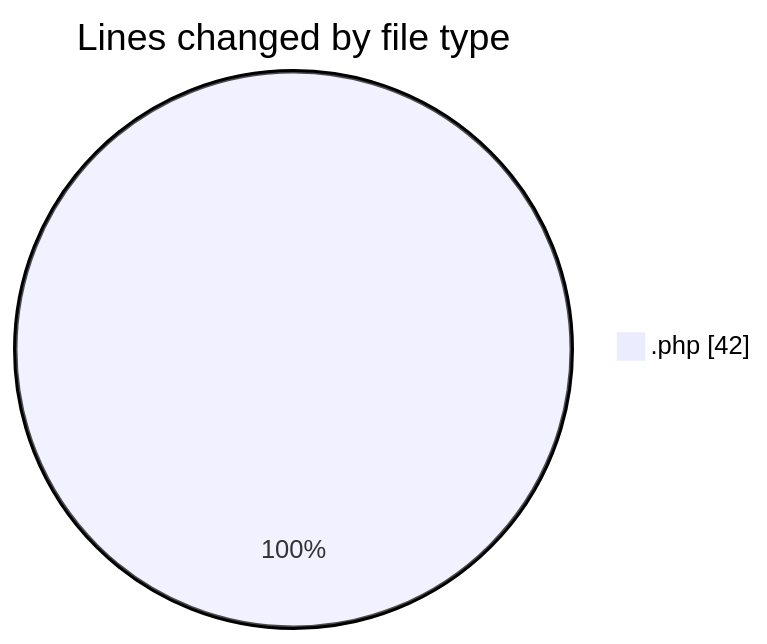
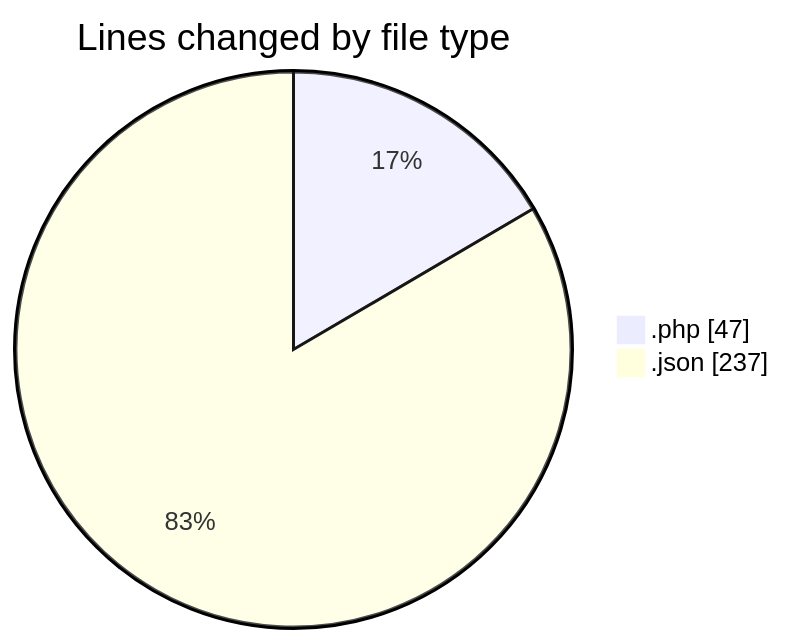
One commit to idhammustaqopulfikri/code-tracking changed the first of 2 diagrams in 2025-06-13/studio-backend/README.md. Above: the diagram before and after it, drawn with Mermaid. The commit also changed other lines of this file and 1 other file, not shown here.

````diff
--- a/2025-06-13/studio-backend/README.md
+++ b/2025-06-13/studio-backend/README.md
@@ -20,5 +21,6 @@
 ```mermaid
 pie showData
 title Lines changed by file type
-".php" : 42
+".php" : 47
+".json" : 237
 ```
````
